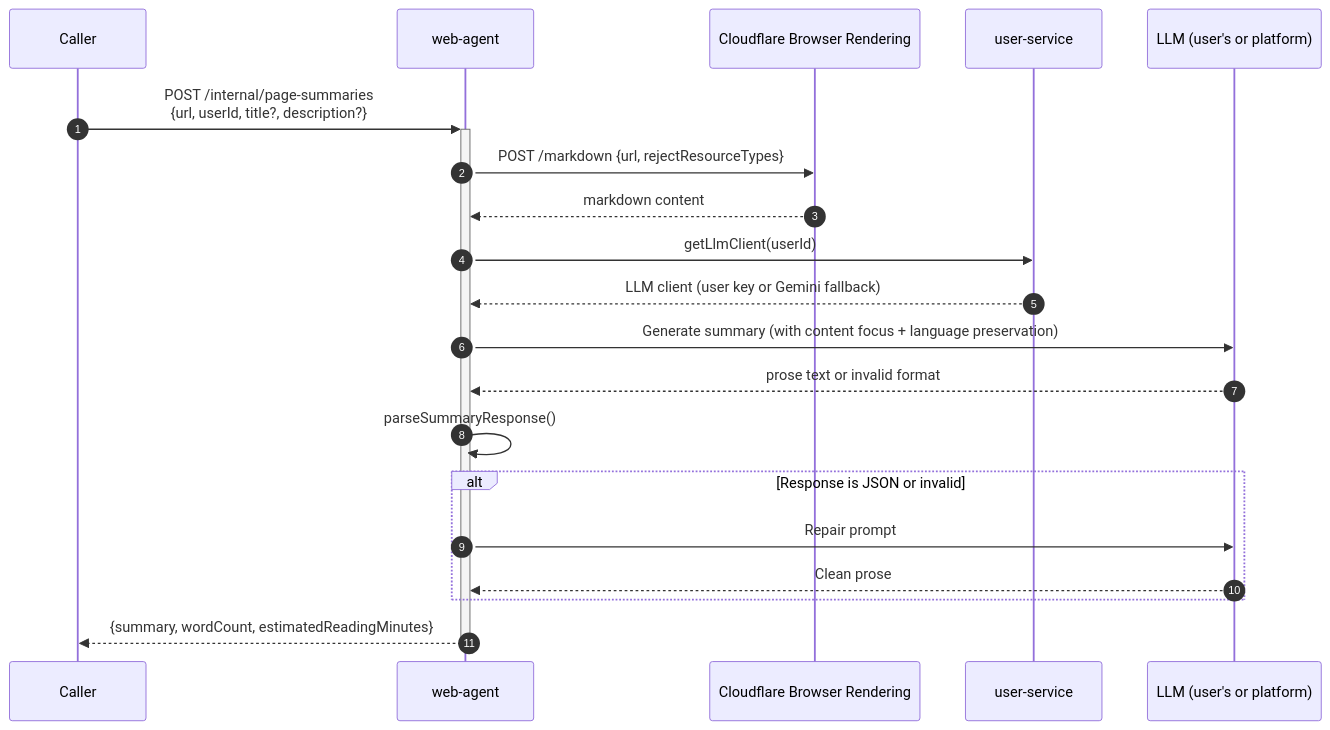
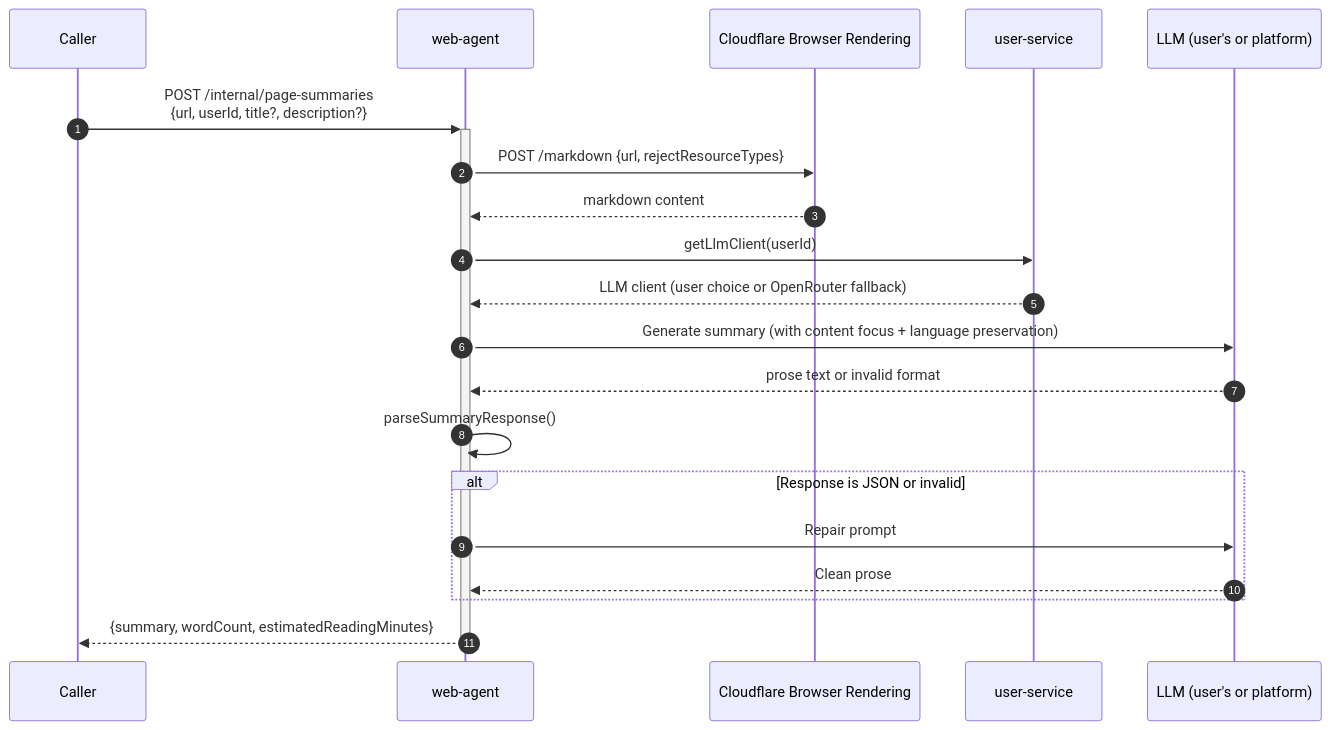
Before and after one commit to pbuchman/intexuraos: the second of 2 diagrams in docs/services/web-agent/technical.md, drawn with Mermaid. The commit also changed other lines of this file and 267 other files, not shown here.

Commit message:
fix: route Google AI traffic through OpenRouter

````diff
--- a/docs/services/web-agent/technical.md
+++ b/docs/services/web-agent/technical.md
@@ -72,23 +72,23 @@
 ```mermaid
 sequenceDiagram
     autonumber
     participant Caller
     participant WebAgent as web-agent
     participant Cloudflare as Cloudflare Browser Rendering
     participant UserService as user-service
     participant LLM as LLM (user's or platform)
 
     Caller->>+WebAgent: POST /internal/page-summaries<br/>{url, userId, title?, description?}
     WebAgent->>Cloudflare: POST /markdown {url, rejectResourceTypes}
     Cloudflare-->>WebAgent: markdown content
     WebAgent->>UserService: getLlmClient(userId)
-    UserService-->>WebAgent: LLM client (user key or Gemini fallback)
+    UserService-->>WebAgent: LLM client (user choice or OpenRouter fallback)
     WebAgent->>LLM: Generate summary (with content focus + language preservation)
     LLM-->>WebAgent: prose text or invalid format
     WebAgent->>WebAgent: parseSummaryResponse()
     alt Response is JSON or invalid
         WebAgent->>LLM: Repair prompt
         LLM-->>WebAgent: Clean prose
     end
     WebAgent-->>-Caller: {summary, wordCount, estimatedReadingMinutes}
 ```
````
